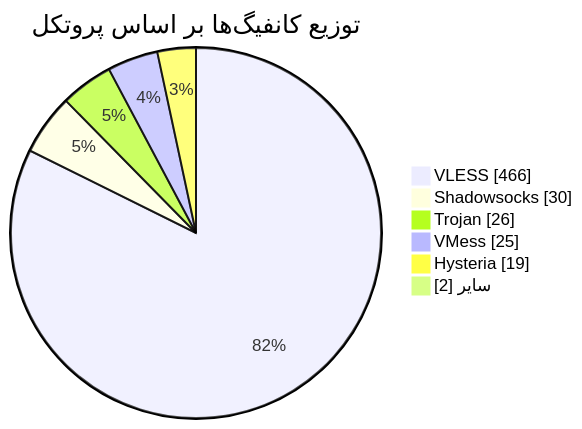
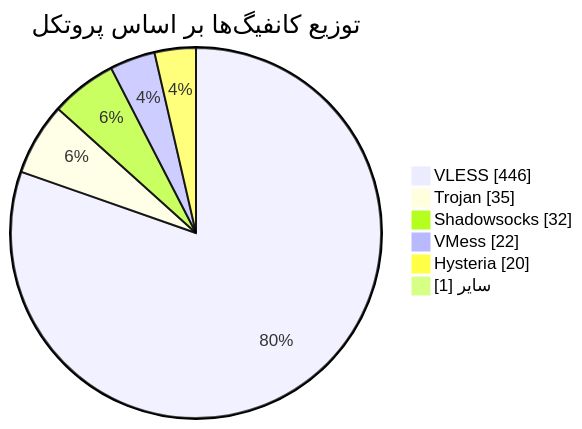
Before and after one commit to Arian-Alijani/Somthing: the diagram in README.md, drawn with Mermaid. The commit also changed other lines of this file and 89 other files, not shown here.

````diff
--- a/README.md
+++ b/README.md
@@ -48,10 +48,10 @@
 ```mermaid
 pie showData
     title توزیع کانفیگ‌ها بر اساس پروتکل
-    "VLESS" : 466
-    "Shadowsocks" : 30
-    "Trojan" : 26
-    "VMess" : 25
-    "Hysteria" : 19
-    "سایر" : 2
+    "VLESS" : 446
+    "Trojan" : 35
+    "Shadowsocks" : 32
+    "VMess" : 22
+    "Hysteria" : 20
+    "سایر" : 1
 ```
````
